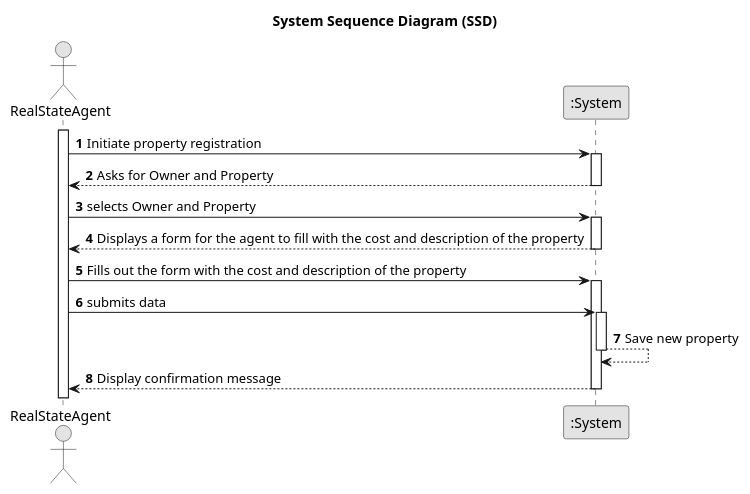
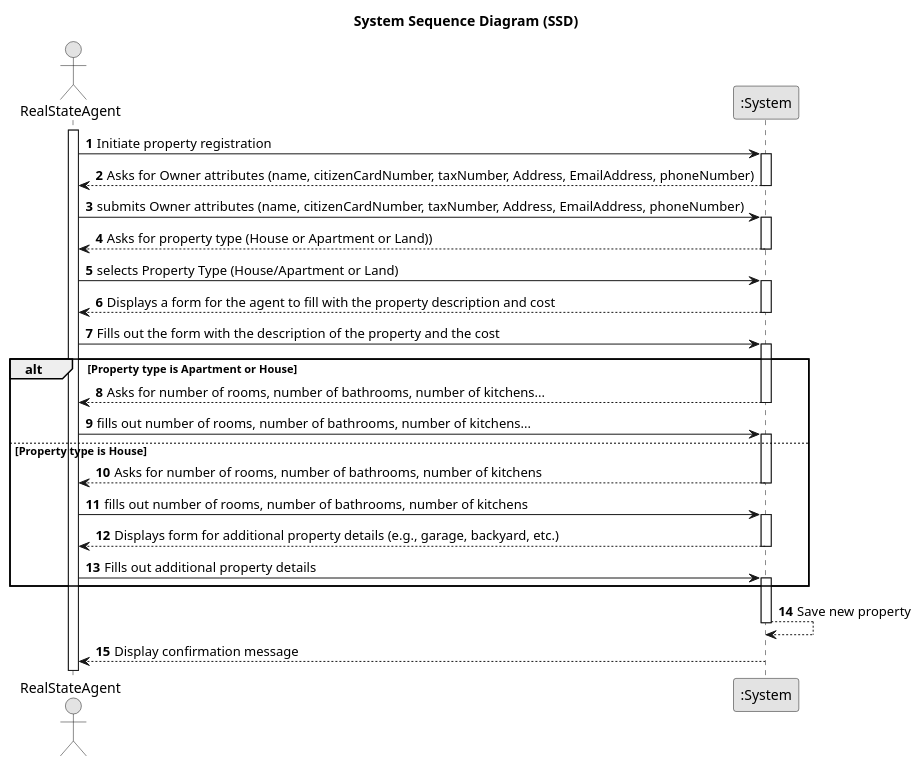
Before and after one commit to hugosilva2901/lei-22-s2-1DO-g68: the diagram in lei-22-s2-1do-g68/docs/sprintA/us002/01.requirements-engineering/puml/us002-System-Sequence-Diagram-Alternative-One.puml, drawn with PlantUML. The commit also changed 3 other files, not shown here.

```diff
--- a/lei-22-s2-1do-g68/docs/sprintA/us002/01.requirements-engineering/puml/us002-System-Sequence-Diagram-Alternative-One.puml
+++ b/lei-22-s2-1do-g68/docs/sprintA/us002/01.requirements-engineering/puml/us002-System-Sequence-Diagram-Alternative-One.puml
@@ -1,37 +1,64 @@
 @startuml
 skinparam monochrome true
 skinparam packageStyle rectangle
 skinparam shadowing false
 
 title System Sequence Diagram (SSD)
 
 autonumber
 actor "RealStateAgent" as User
 participant ":System" as System
 
 activate User
 
-    User -> System : Initiate property registration
+User -> System : Initiate property registration
+activate System
+
+System --> User : Asks for Owner attributes (name, citizenCardNumber, taxNumber, Address, EmailAddress, phoneNumber)
+deactivate System
+
+User -> System : submits Owner attributes (name, citizenCardNumber, taxNumber, Address, EmailAddress, phoneNumber)
+activate System
+
+System --> User : Asks for property type (House or Apartment or Land))
+deactivate System
+
+User -> System : selects Property Type (House/Apartment or Land)
+activate System
+
+System --> User : Displays a form for the agent to fill with the property description and cost
+deactivate System
+
+User -> System : Fills out the form with the description of the property and the cost
+activate System
+
+alt Property type is Apartment or House
+
+    System --> User : Asks for number of rooms, number of bathrooms, number of kitchens...
+    deactivate System
+
+    User -> System : fills out number of rooms, number of bathrooms, number of kitchens...
     activate System
 
-    System --> User : Asks for Owner and Property
-    deactivate System
+    else Property type is House
 
-    User -> System : selects Owner and Property
-    activate System
+        System --> User : Asks for number of rooms, number of bathrooms, number of kitchens
+        deactivate System
 
-    System --> User : Displays a form for the agent to fill with the cost and description of the property
-    deactivate System
+        User -> System : fills out number of rooms, number of bathrooms, number of kitchens
+        activate System
 
-    User -> System : Fills out the form with the cost and description of the property
-    activate System
+        System --> User : Displays form for additional property details (e.g., garage, backyard, etc.)
+        deactivate System
 
-    User -> System : submits data
-    activate System
+        User -> System : Fills out additional property details
+        activate System
 
-    System --> System: Save new property
-    deactivate System
+end
 
-    System --> User: Display confirmation message
-    deactivate System
+System --> System: Save new property
+deactivate System
+
+System --> User: Display confirmation message
+deactivate System
 @enduml
```
